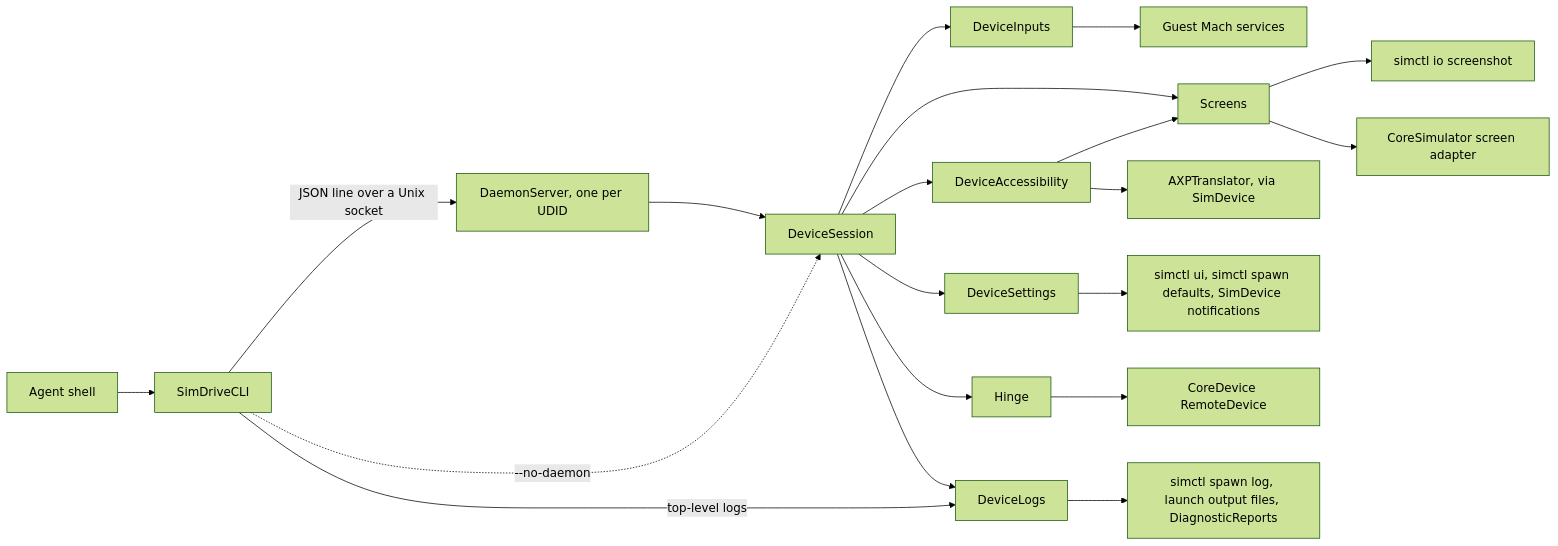
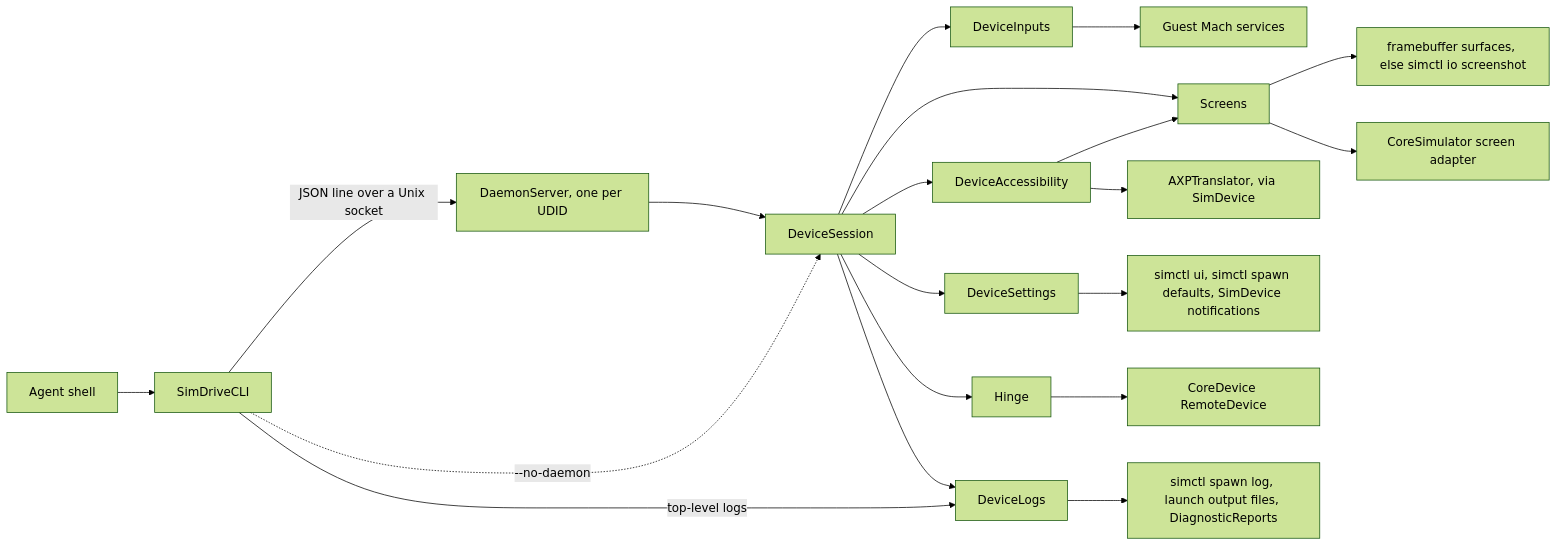
One commit to gbanfalvi/app-simdrive changed the diagram in docs/architecture.md. Above: the diagram before and after it, drawn with Mermaid (forest theme). The commit also changed other lines of this file and 14 other files, not shown here.

````diff
--- a/docs/architecture.md
+++ b/docs/architecture.md
@@ -17,22 +17,22 @@
 ```mermaid
 flowchart LR
   Shell["Agent shell"] --> CLI["SimDriveCLI"]
   CLI -->|"JSON line over a Unix socket"| Daemon["DaemonServer, one per UDID"]
   CLI -.->|"--no-daemon"| Session
   CLI -->|"top-level logs"| Logs
   Daemon --> Session["DeviceSession"]
   Session --> Inputs["DeviceInputs"]
   Session --> Screens["Screens"]
   Session --> AX["DeviceAccessibility"]
   Session --> Settings["DeviceSettings"]
   Session --> Hinge["Hinge"]
   Session --> Logs["DeviceLogs"]
   Logs --> LogTool["simctl spawn log, launch output files, DiagnosticReports"]
   AX --> Screens
   Inputs --> Guest["Guest Mach services"]
-  Screens --> Simctl["simctl io screenshot"]
+  Screens --> Simctl["framebuffer surfaces, else simctl io screenshot"]
   Screens --> Adapter["CoreSimulator screen adapter"]
   Hinge --> CoreDevice["CoreDevice RemoteDevice"]
   AX --> Translator["AXPTranslator, via SimDevice"]
   Settings --> Spawn["simctl ui, simctl spawn defaults, SimDevice notifications"]
 ```
````
